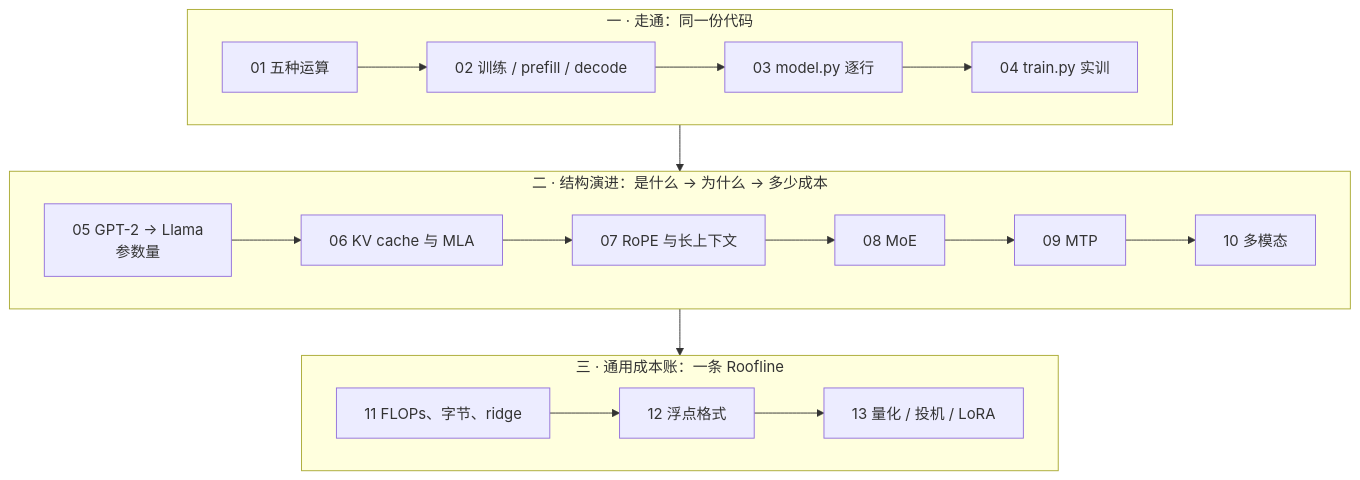
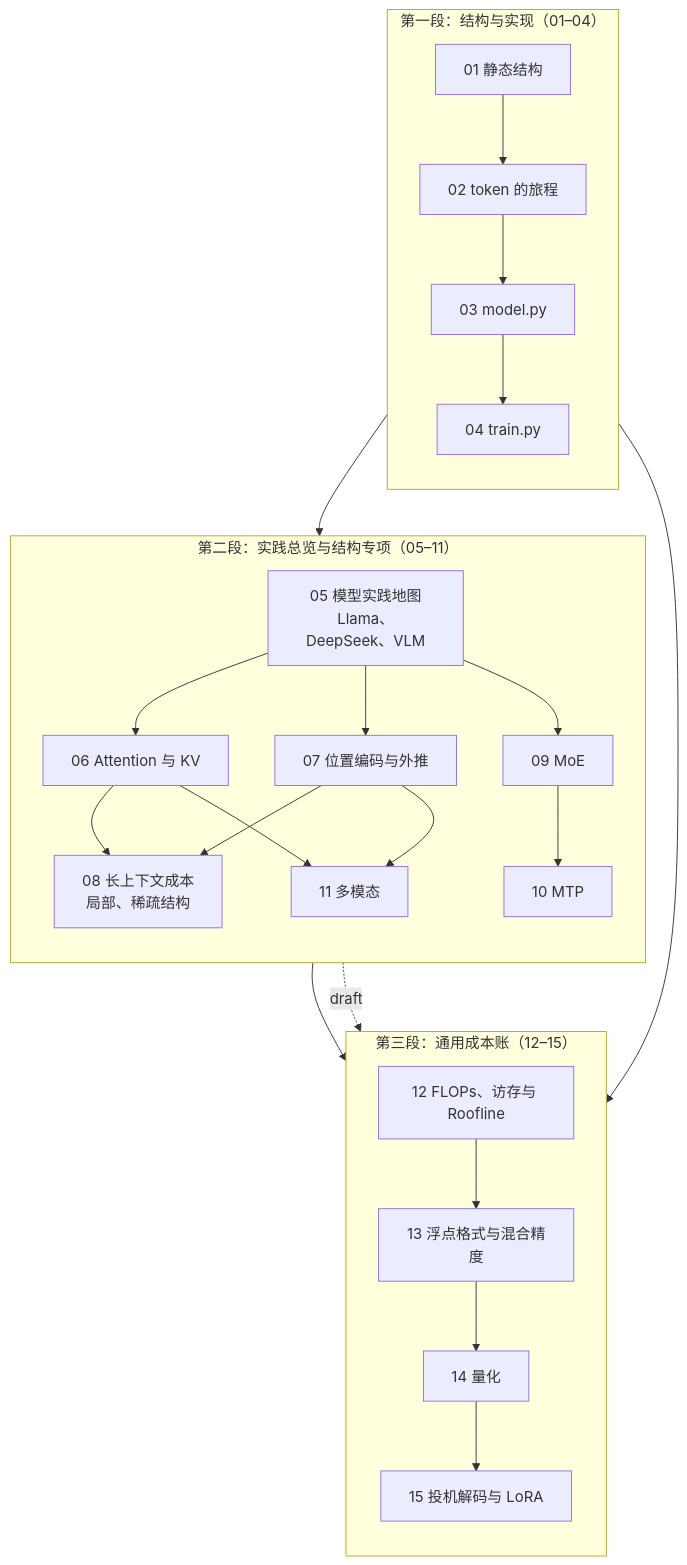
One commit to arganzheng/arganzheng.github.com changed the first of 7 diagrams in slides/2026-04-09-transformer-and-llm.md. Above: the diagram before and after it, drawn with Mermaid. The commit also changed other lines of this file and 19 other files, not shown here.

````diff
--- a/slides/2026-04-09-transformer-and-llm.md
+++ b/slides/2026-04-09-transformer-and-llm.md
@@ -32,17 +32,27 @@
 ```mermaid
-%%{init: {"flowchart": {"wrappingWidth": 200}}}%%
+%%{init: {"flowchart": {"wrappingWidth": 150}}}%%
+%% 图：十五篇的依赖地图：先 GPT-2 实现，再模型实践总览与结构专项，最后通用成本账
 flowchart TB
-    subgraph S1["一 · 走通：同一份代码"]
-        direction LR
-        P1["01 五种运算"] --> P2["02 训练 / prefill / decode"] --> P3["03 model.py 逐行"] --> P4["04 train.py 实训"]
+    subgraph S1["第一段：结构与实现（01–04）"]
+        direction TB
+        P1["01 静态结构"] --> P2["02 token 的旅程"] --> P3["03 model.py"] --> P4["04 train.py"]
     end
-    subgraph S2["二 · 结构演进：是什么 → 为什么 → 多少成本"]
-        direction LR
-        P5["05 GPT-2 → Llama<br/>参数量"] --> P6["06 KV cache 与 MLA"] --> P7["07 RoPE 与长上下文"] --> P8["08 MoE"] --> P9["09 MTP"] --> P10["10 多模态"]
+    subgraph S2["第二段：实践总览与结构专项（05–11）"]
+        direction TB
+        P5["05 模型实践地图<br/>Llama、DeepSeek、VLM"] --> P6["06 Attention 与 KV"]
+        P5 --> P7["07 位置编码与外推"] --> P8["08 长上下文成本<br/>局部、稀疏结构"]
+        P6 --> P8
+        P5 --> P9["09 MoE"] --> P10["10 MTP"]
+        P6 --> P11["11 多模态"]
+        P7 --> P11
     end
-    subgraph S3["三 · 通用成本账：一条 Roofline"]
-        direction LR
-        P11["11 FLOPs、字节、ridge"] --> P12["12 浮点格式"] --> P13["13 量化 / 投机 / LoRA"]
+    subgraph S3["第三段：通用成本账（12–15）"]
+        direction TB
+        P12["12 FLOPs、访存与 Roofline"] --> P13["13 浮点格式与混合精度"] --> P14["14 量化"] --> P15["15 投机解码与 LoRA"]
     end
-    S1 --> S2 --> S3
+    P3 --> P5
+    P5 --> P12
+    P2 --> P12
+    P10 -. "draft" .-> P15
+    S1 ~~~ S2 ~~~ S3
 ```
````
